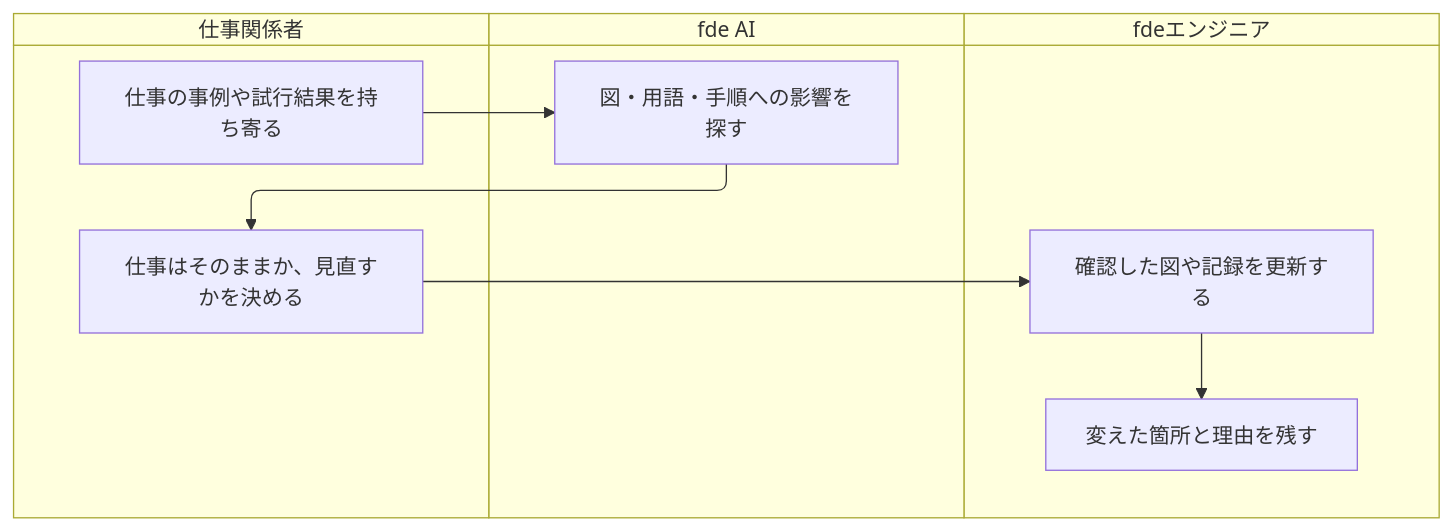
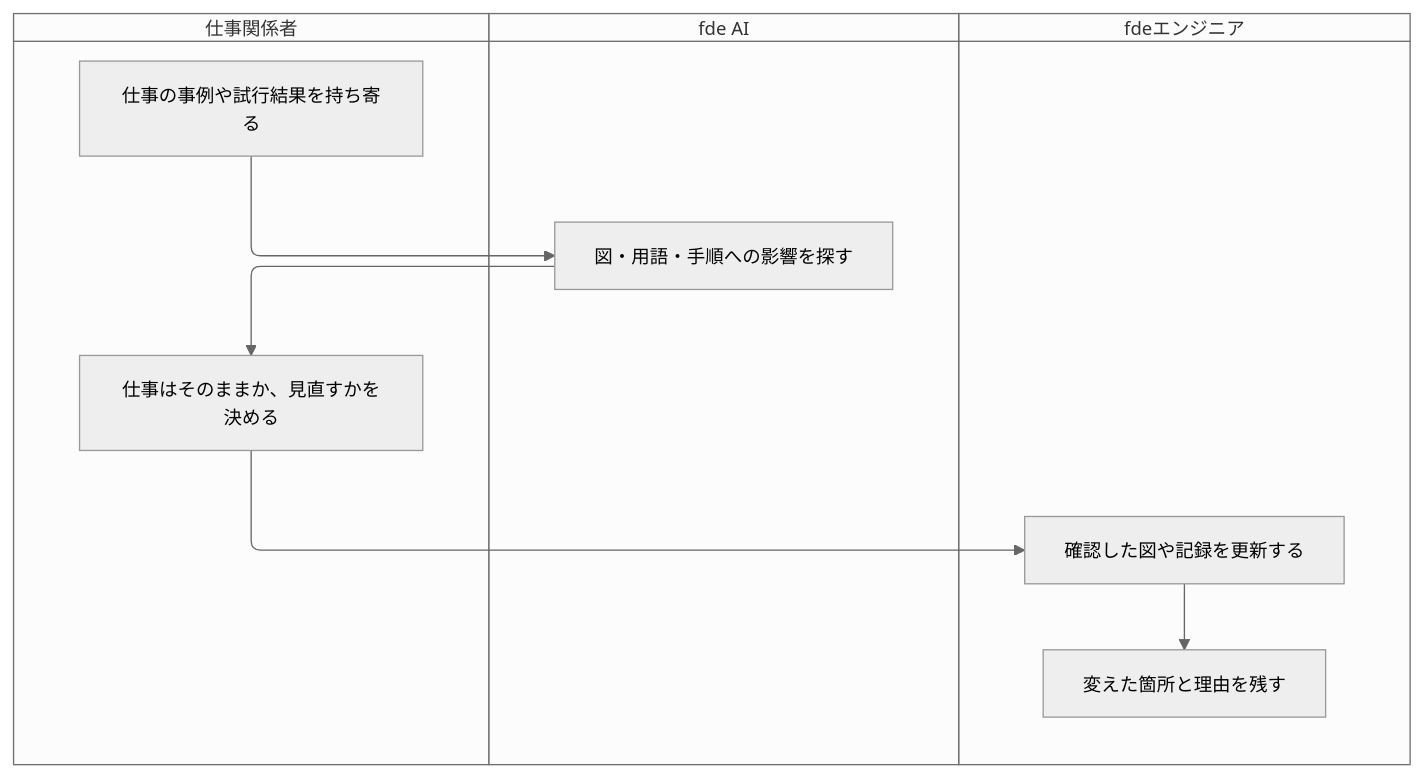
The second of 2 diagrams in experiments/fde-product-pivot/visualization/work/maintain/README.md (maakbo/fde), drawn with Mermaid before and after one commit. The commit also changed other lines of this file and 5 other files, not shown here.

````diff
--- a/experiments/fde-product-pivot/visualization/work/maintain/README.md
+++ b/experiments/fde-product-pivot/visualization/work/maintain/README.md
@@ -64,16 +70,28 @@
 ```mermaid
+---
+config:
+  theme: neutral
+  swimlane:
+    ignoreCrossLaneEdges: false
+    optimizeRanksByCrossings: false
+  themeVariables:
+    fontFamily: "Inter, Hiragino Sans, sans-serif"
+    fontSize: "14px"
+---
 swimlane-beta TB
+  accTitle: 指摘を確かめて直す
+  accDescr: 仕事関係者が事例や結果を持ち寄り、fde AIが影響を探します。仕事関係者が見直すかを決め、fdeエンジニアが図や記録を更新し、理由を残します。
   %% 手順は上から下。誰が判断し、どこで情報を受け渡すかを示す。
   subgraph people [仕事関係者]
     note["仕事の事例や試行結果を持ち寄る"]
     confirm["仕事はそのままか、見直すかを決める"]
   end
   subgraph ai [fde AI]
     impact["図・用語・手順への影響を探す"]
   end
   subgraph engineer [fdeエンジニア]
     update["確認した図や記録を更新する"]
     record["変えた箇所と理由を残す"]
   end
   note --> impact --> confirm --> update --> record
 ```
````
